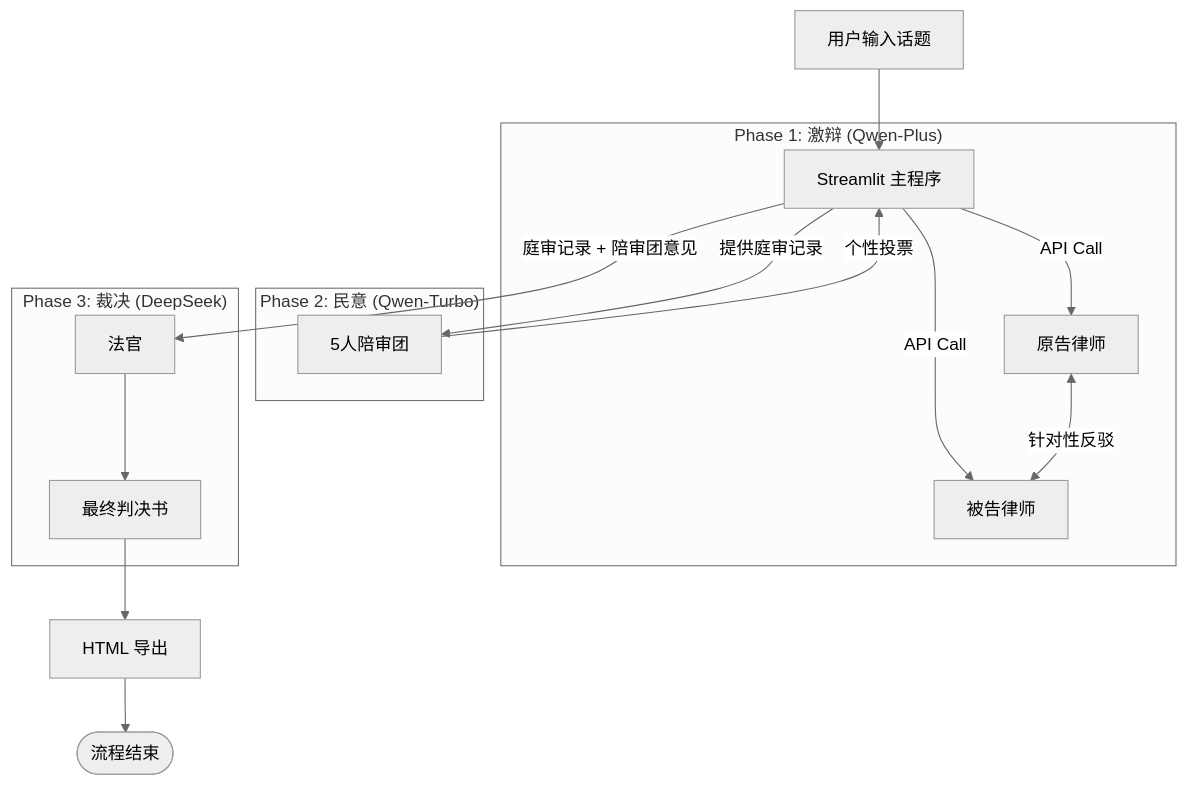
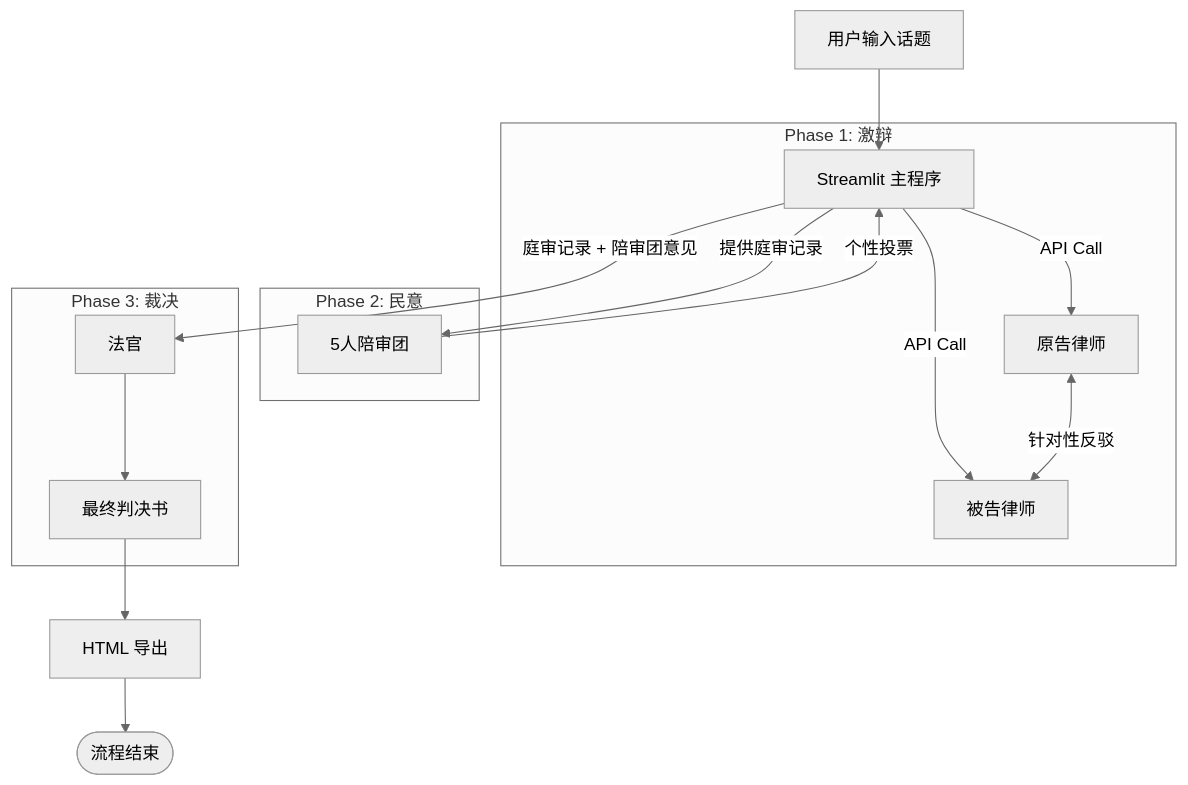
The diagram in README.md (ht426/CyberGavel), drawn with Mermaid (neutral theme) before and after one commit. The commit also changed other lines of this file, not shown here.

````diff
--- a/README.md
+++ b/README.md
@@ -20,23 +19,23 @@
 ```mermaid
 graph TD
     User[用户输入话题] --> Main[Streamlit 主程序]
     
-    subgraph "Phase 1: 激辩 (Qwen-Plus)"
+    subgraph "Phase 1: 激辩"
     Main -->|API Call| Lawyer1[原告律师]
     Main -->|API Call| Lawyer2[被告律师]
     Lawyer1 <-->|针对性反驳| Lawyer2
     end
     
-    subgraph "Phase 2: 民意 (Qwen-Turbo)"
+    subgraph "Phase 2: 民意"
     Main -->|提供庭审记录| Jury[5人陪审团]
     Jury -->|个性投票| Main
     end
     
-    subgraph "Phase 3: 裁决 (DeepSeek)"
+    subgraph "Phase 3: 裁决"
     Main -->|庭审记录 + 陪审团意见| Judge[法官]
     Judge --> Verdict[最终判决书]
     end
     
     Verdict --> Export[HTML 导出]
     Export --> End([流程结束])
 ```
````
